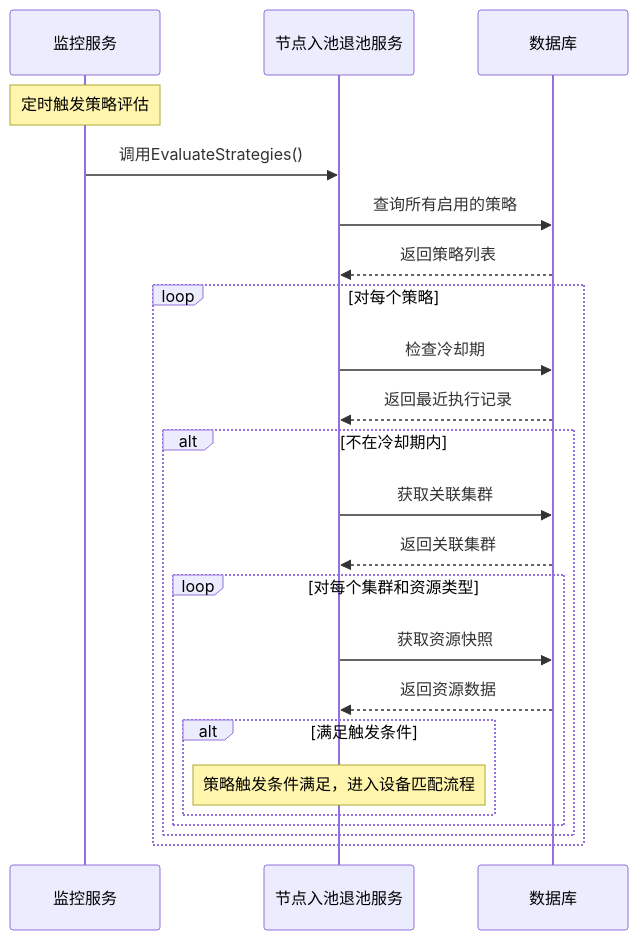
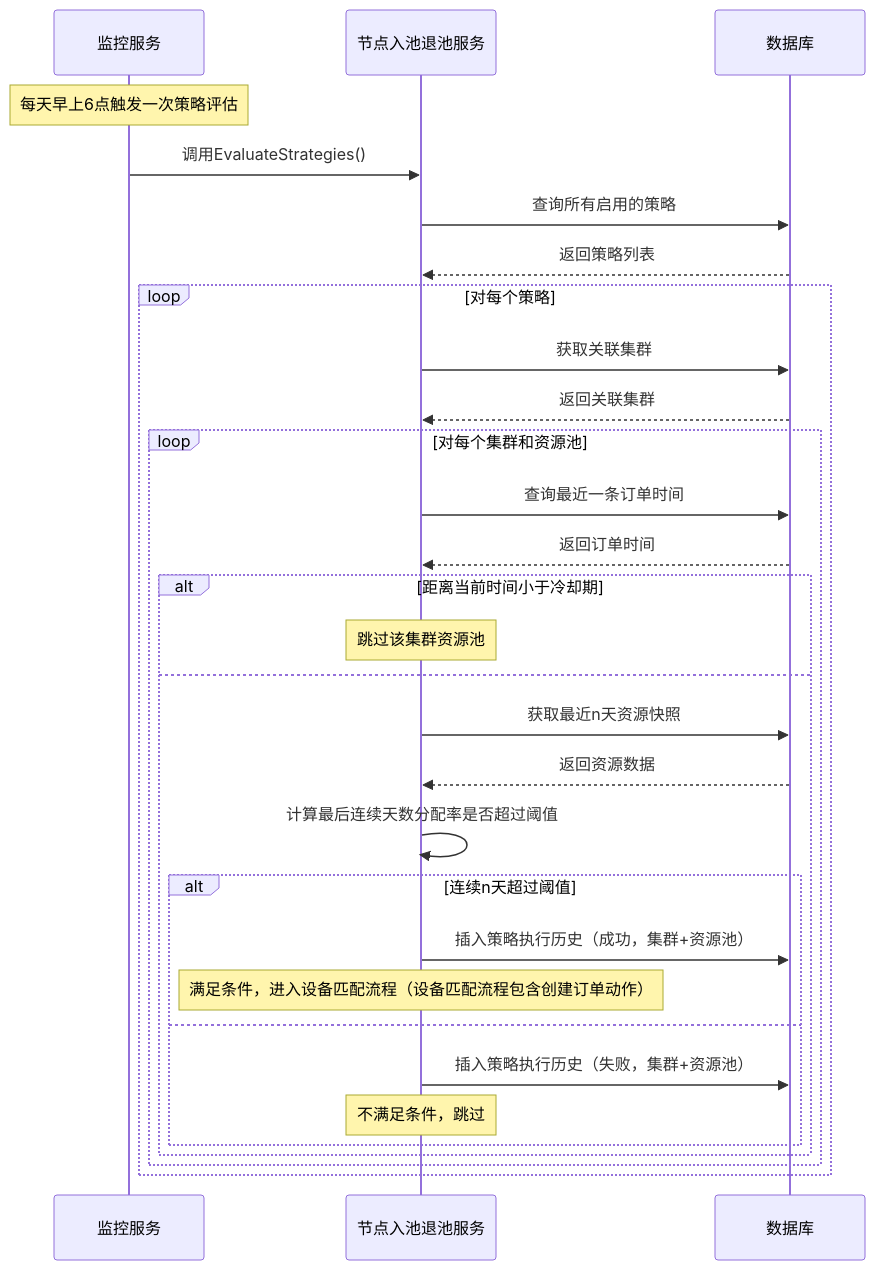
One commit to chisana-mori/auto-navy changed the first of 10 diagrams in docs/elastic_scaling_design_updated.md. Above: the diagram before and after it, drawn with Mermaid. The commit also changed other lines of this file and 12 other files, not shown here.

````diff
--- a/docs/elastic_scaling_design_updated.md
+++ b/docs/elastic_scaling_design_updated.md
@@ -51,31 +52,38 @@
 ```mermaid
 sequenceDiagram
     participant Monitor as 监控服务
     participant Service as 节点入池退池服务
     participant DB as 数据库
 
-    Note over Monitor: 定时触发策略评估
+    Note over Monitor: 每天早上6点触发一次策略评估
 
     Monitor->>Service: 调用EvaluateStrategies()
     Service->>DB: 查询所有启用的策略
     DB-->>Service: 返回策略列表
 
     loop 对每个策略
-        Service->>DB: 检查冷却期
-        DB-->>Service: 返回最近执行记录
+        Service->>DB: 获取关联集群
+        DB-->>Service: 返回关联集群
 
-        alt 不在冷却期内
-            Service->>DB: 获取关联集群
-            DB-->>Service: 返回关联集群
+        loop 对每个集群和资源池
+            Service->>DB: 查询最近一条订单时间
+            DB-->>Service: 返回订单时间
 
-            loop 对每个集群和资源类型
-                Service->>DB: 获取资源快照
+            alt 距离当前时间小于冷却期
+                Note over Service: 跳过该集群资源池
+            else
+                Service->>DB: 获取最近n天资源快照
                 DB-->>Service: 返回资源数据
 
-                alt 满足触发条件
-                    Note over Service: 策略触发条件满足，进入设备匹配流程
+                Service->>Service: 计算最后连续天数分配率是否超过阈值
+                alt 连续n天超过阈值
+                    Service->>DB: 插入策略执行历史（成功，集群+资源池）
+                    Note over Service: 满足条件，进入设备匹配流程（设备匹配流程包含创建订单动作）
+                else
+                    Service->>DB: 插入策略执行历史（失败，集群+资源池）
+                    Note over Service: 不满足条件，跳过
                 end
             end
         end
     end
 ```
````
